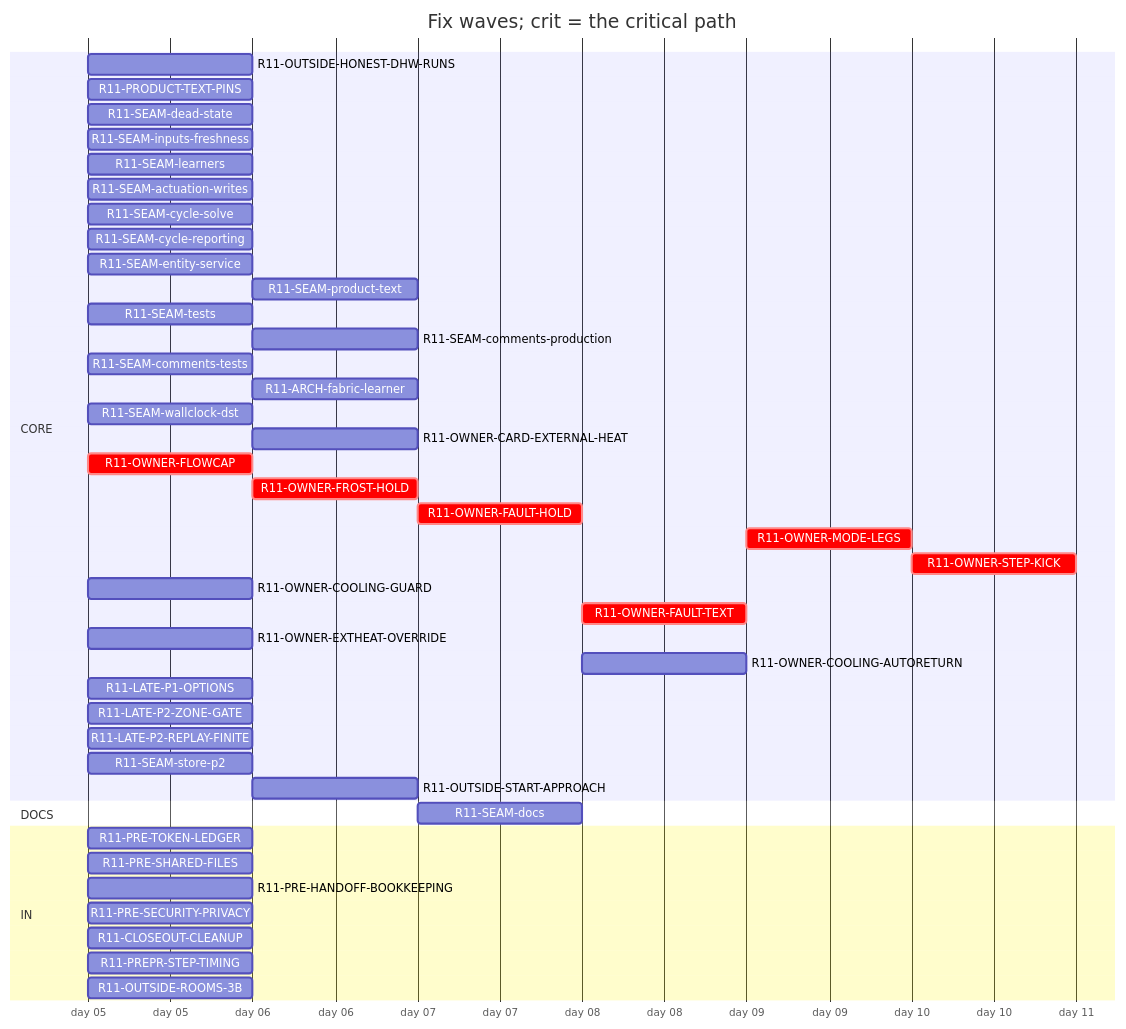
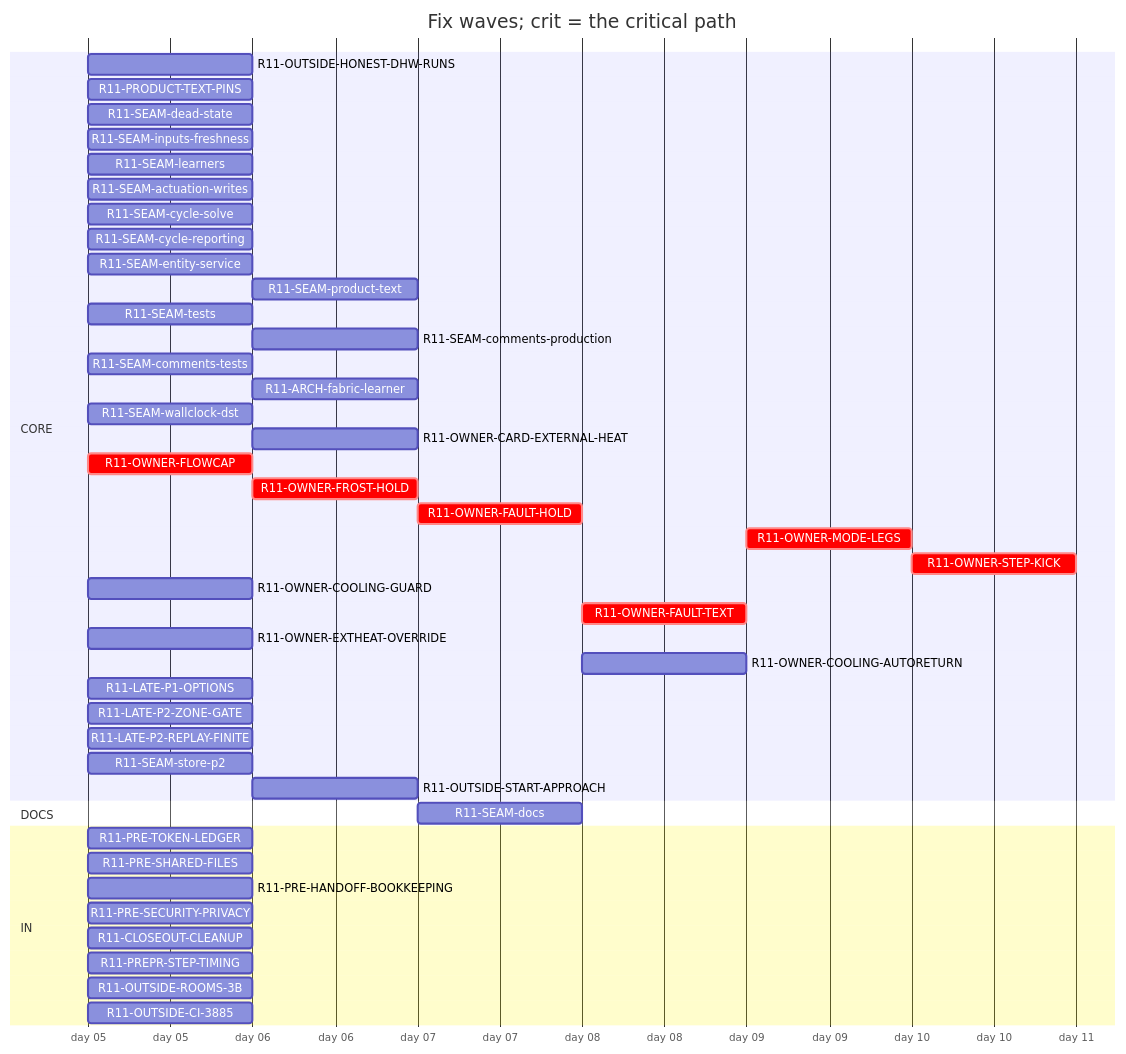
Before and after one commit to tvofi/heatpump_optimizer: the diagram in handoff/round11/state/PLAN-TABLE.md, drawn with Mermaid. The commit also changed other lines of this file and 4 other files, not shown here.

Commit message:
state: FLOW-BOARD.md, NEXT-SESSION-PROMPT.md, PLAN-TABLE.md, PLAN.html, RESUME-CURRENT.md regenerated (state_docs.py)

````diff
--- a/handoff/round11/state/PLAN-TABLE.md
+++ b/handoff/round11/state/PLAN-TABLE.md
@@ -16,47 +16,48 @@
 ```mermaid
 gantt
   title Fix waves; crit = the critical path
   dateFormat YYYY-MM-DD
   axisFormat day %d
   section CORE
     R11-OUTSIDE-HONEST-DHW-RUNS :r11OUTSIDEHONESTDHWRUNS, 2026-01-05, 1d
     R11-PRODUCT-TEXT-PINS :r11PRODUCTTEXTPINS, 2026-01-05, 1d
     R11-SEAM-dead-state :r11SEAMdeadstate, 2026-01-05, 1d
     R11-SEAM-inputs-freshness :r11SEAMinputsfreshness, 2026-01-05, 1d
     R11-SEAM-learners :r11SEAMlearners, 2026-01-05, 1d
     R11-SEAM-actuation-writes :r11SEAMactuationwrites, 2026-01-05, 1d
     R11-SEAM-cycle-solve :r11SEAMcyclesolve, 2026-01-05, 1d
     R11-SEAM-cycle-reporting :r11SEAMcyclereporting, 2026-01-05, 1d
     R11-SEAM-entity-service :r11SEAMentityservice, 2026-01-05, 1d
     R11-SEAM-product-text :r11SEAMproducttext, after r11SEAMactuationwrites r11SEAMentityservice r11SEAMinputsfreshness r11SEAMcyclesolve r11SEAMcyclereporting, 1d
     R11-SEAM-tests :r11SEAMtests, 2026-01-05, 1d
     R11-SEAM-comments-production :r11SEAMcommentsproduction, after r11SEAMactuationwrites r11SEAMentityservice r11SEAMinputsfreshness r11SEAMcyclesolve r11SEAMcyclereporting, 1d
     R11-SEAM-comments-tests :r11SEAMcommentstests, 2026-01-05, 1d
     R11-ARCH-fabric-learner :r11ARCHfabriclearner, after r11SEAMlearners, 1d
     R11-SEAM-wallclock-dst :r11SEAMwallclockdst, 2026-01-05, 1d
     R11-OWNER-CARD-EXTERNAL-HEAT :r11OWNERCARDEXTERNALHEAT, after r11OWNEREXTHEATOVERRIDE, 1d
     R11-OWNER-FLOWCAP :crit, r11OWNERFLOWCAP, 2026-01-05, 1d
     R11-OWNER-FROST-HOLD :crit, r11OWNERFROSTHOLD, after r11OWNERFLOWCAP, 1d
     R11-OWNER-FAULT-HOLD :crit, r11OWNERFAULTHOLD, after r11OWNERFROSTHOLD, 1d
     R11-OWNER-MODE-LEGS :crit, r11OWNERMODELEGS, after r11OWNERFAULTTEXT, 1d
     R11-OWNER-STEP-KICK :crit, r11OWNERSTEPKICK, after r11OWNERMODELEGS, 1d
     R11-OWNER-COOLING-GUARD :r11OWNERCOOLINGGUARD, 2026-01-05, 1d
     R11-OWNER-FAULT-TEXT :crit, r11OWNERFAULTTEXT, after r11OWNERFAULTHOLD, 1d
     R11-OWNER-EXTHEAT-OVERRIDE :r11OWNEREXTHEATOVERRIDE, 2026-01-05, 1d
     R11-OWNER-COOLING-AUTORETURN :r11OWNERCOOLINGAUTORETURN, after r11OWNERCOOLINGGUARD r11OWNERFAULTHOLD, 1d
     R11-LATE-P1-OPTIONS :r11LATEP1OPTIONS, 2026-01-05, 1d
     R11-LATE-P2-ZONE-GATE :r11LATEP2ZONEGATE, 2026-01-05, 1d
     R11-LATE-P2-REPLAY-FINITE :r11LATEP2REPLAYFINITE, 2026-01-05, 1d
     R11-SEAM-store-p2 :r11SEAMstorep2, 2026-01-05, 1d
     R11-OUTSIDE-START-APPROACH :r11OUTSIDESTARTAPPROACH, after r11OUTSIDEHONESTDHWRUNS r11SEAMlearners, 1d
   section DOCS
     R11-SEAM-docs :r11SEAMdocs, after r11SEAMlearners r11SEAMactuationwrites r11SEAMentityservice r11SEAMinputsfreshness r11SEAMcyclesolve r11SEAMcyclereporting r11SEAMproducttext, 1d
   section IN
     R11-PRE-TOKEN-LEDGER :r11PRETOKENLEDGER, 2026-01-05, 1d
     R11-PRE-SHARED-FILES :r11PRESHAREDFILES, 2026-01-05, 1d
     R11-PRE-HANDOFF-BOOKKEEPING :r11PREHANDOFFBOOKKEEPING, 2026-01-05, 1d
     R11-PRE-SECURITY-PRIVACY :r11PRESECURITYPRIVACY, 2026-01-05, 1d
     R11-CLOSEOUT-CLEANUP :r11CLOSEOUTCLEANUP, 2026-01-05, 1d
     R11-PREPR-STEP-TIMING :r11PREPRSTEPTIMING, 2026-01-05, 1d
     R11-OUTSIDE-ROOMS-3B :r11OUTSIDEROOMS3B, 2026-01-05, 1d
+    R11-OUTSIDE-CI-3885 :r11OUTSIDECI3885, 2026-01-05, 1d
 ```
````
